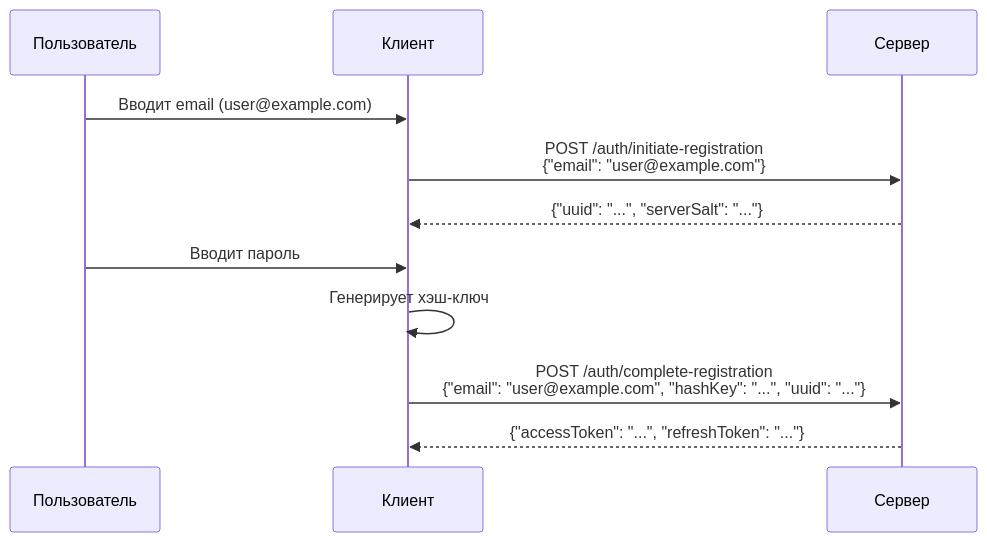
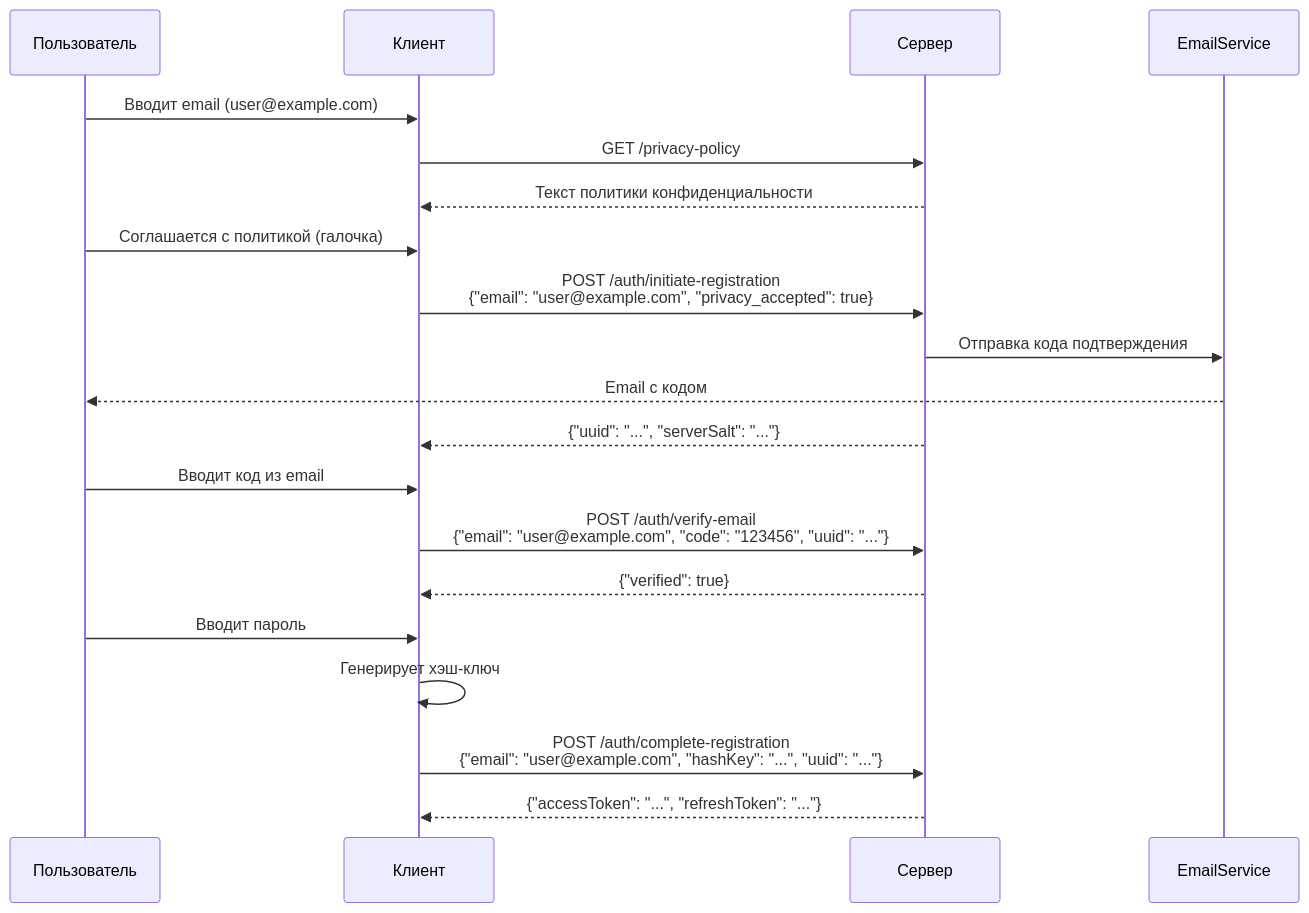
One commit to coopenomics/coopenomics changed the second of 11 diagrams in docs/documentation/cardcoop.md. Above: the diagram before and after it, drawn with Mermaid. The commit also changed other lines of this file and 9 other files, not shown here.

````diff
--- a/docs/documentation/cardcoop.md
+++ b/docs/documentation/cardcoop.md
@@ -94,15 +160,26 @@
 ```mermaid
 sequenceDiagram
     participant Пользователь
     participant Клиент
     participant Сервер
+    participant EmailService
 
     Пользователь->>Клиент: Вводит email (user@example.com)
-    Клиент->>Сервер: POST /auth/initiate-registration<br/>{"email": "user@example.com"}
+    Клиент->>Сервер: GET /privacy-policy
+    Сервер-->>Клиент: Текст политики конфиденциальности
+    Пользователь->>Клиент: Соглашается с политикой (галочка)
+    
+    Клиент->>Сервер: POST /auth/initiate-registration<br/>{"email": "user@example.com", "privacy_accepted": true}
+    Сервер->>EmailService: Отправка кода подтверждения
+    EmailService-->>Пользователь: Email с кодом
     Сервер-->>Клиент: {"uuid": "...", "serverSalt": "..."}
+
+    Пользователь->>Клиент: Вводит код из email
+    Клиент->>Сервер: POST /auth/verify-email<br/>{"email": "user@example.com", "code": "123456", "uuid": "..."}
+    Сервер-->>Клиент: {"verified": true}
 
     Пользователь->>Клиент: Вводит пароль
     Клиент->>Клиент: Генерирует хэш-ключ
     Клиент->>Сервер: POST /auth/complete-registration<br/>{"email": "user@example.com", "hashKey": "...", "uuid": "..."}
     Сервер-->>Клиент: {"accessToken": "...", "refreshToken": "..."}
 ```
````
